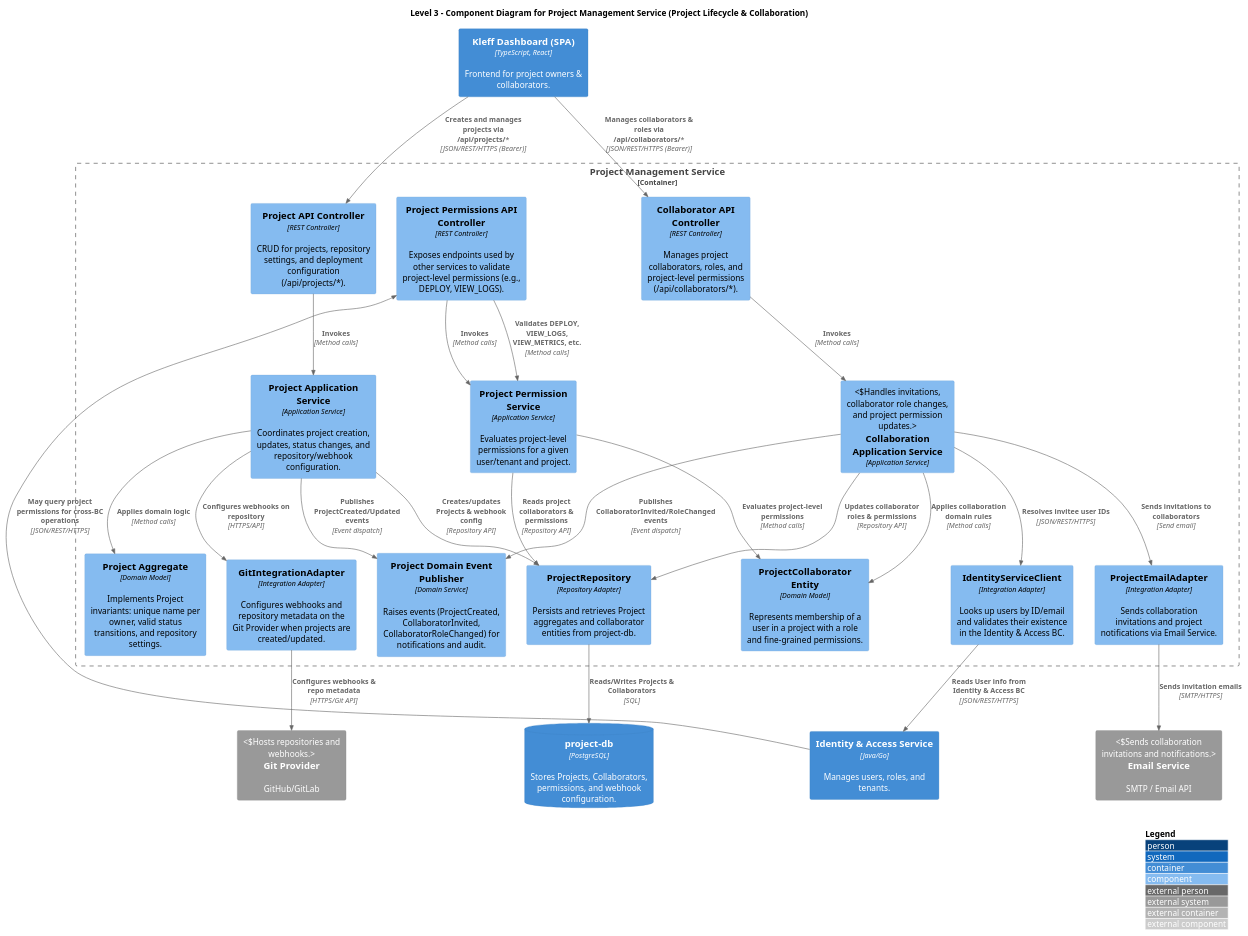
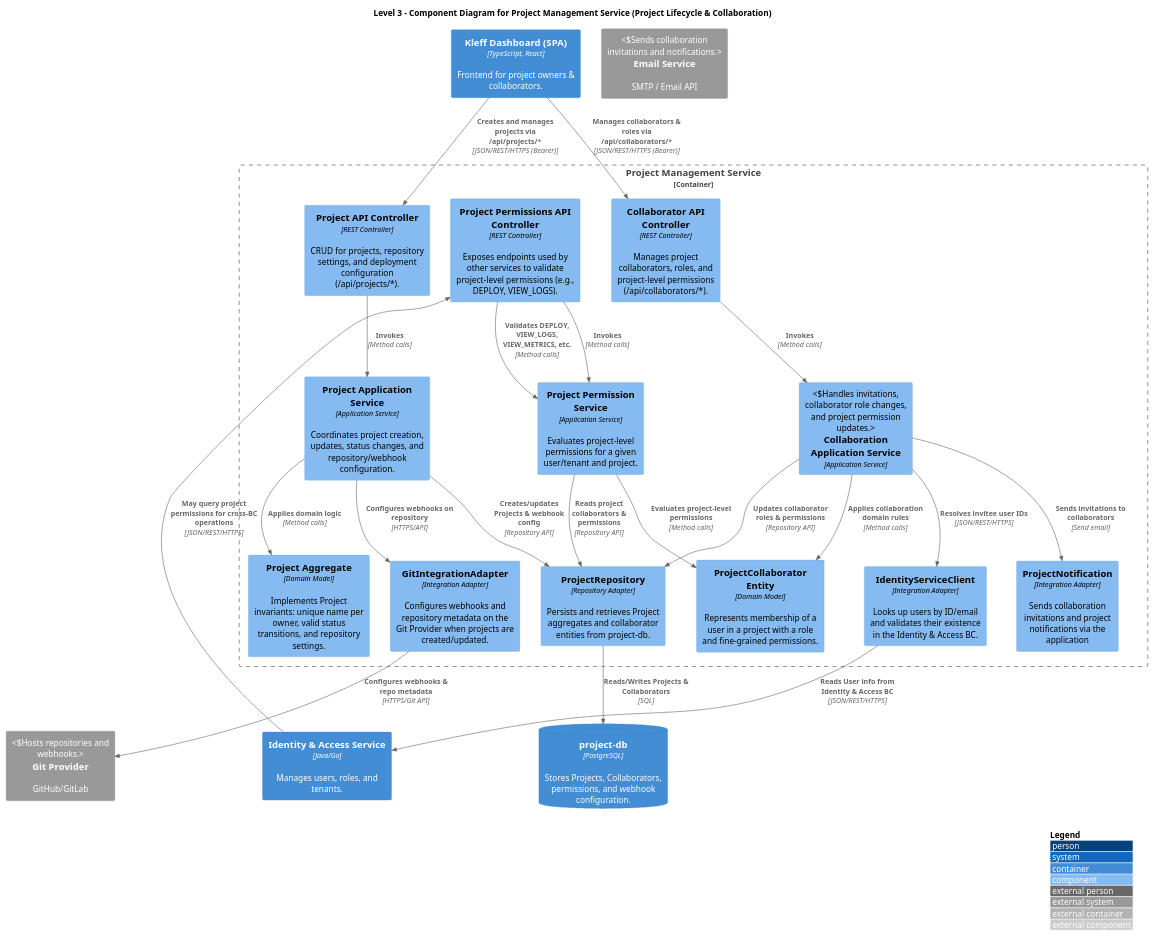
The diagram in docs/Project/C4L3-Project.puml (kleffio/.github), drawn with PlantUML before and after one commit. The commit also changed 2 other files, not shown here.

```diff
--- a/docs/Project/C4L3-Project.puml
+++ b/docs/Project/C4L3-Project.puml
@@ -1,108 +1,104 @@
 @startuml Kleff Hosting C4L3 - Project Management
 !includeurl https://raw.githubusercontent.com/plantuml-stdlib/C4-PlantUML/master/C4_Component.puml
 
 LAYOUT_WITH_LEGEND()
 
 title Level 3 - Component Diagram for Project Management Service (Project Lifecycle & Collaboration)
 
 ' ==== External Containers / Systems (from C4L2) ====
 Container(spa, "Kleff Dashboard (SPA)", "TypeScript, React", "Frontend for project owners & collaborators.")
 Container(identity_svc, "Identity & Access Service", "Java/Go", "Manages users, roles, and tenants.")
 ContainerDb(project_db, "project-db", "PostgreSQL", "Stores Projects, Collaborators, permissions, and webhook configuration.")
 System_Ext(email_service, "Email Service", "SMTP / Email API", "Sends collaboration invitations and notifications.")
 System_Ext(git_provider, "Git Provider", "GitHub/GitLab", "Hosts repositories and webhooks.")
 
 ' ==== Project Management Service Boundary ====
 Container_Boundary(project_svc, "Project Management Service") {
 
   ' ---- API Layer (Controllers) ----
   Component(project_api, "Project API Controller", "REST Controller", "CRUD for projects, repository settings, and deployment configuration (/api/projects/*).")
 
   Component(collab_api, "Collaborator API Controller", "REST Controller", "Manages project collaborators, roles, and project-level permissions (/api/collaborators/*).")
 
   Component(project_perm_api, "Project Permissions API Controller", "REST Controller", "Exposes endpoints used by other services to validate project-level permissions (e.g., DEPLOY, VIEW_LOGS).")
 
   ' ---- Application / Service Layer ----
   Component(project_app_svc, "Project Application Service", "Application Service", "Coordinates project creation, updates, status changes, and repository/webhook configuration.")
 
   Component(collab_app_svc, "Collaboration Application Service", "Application Service",, "Handles invitations, collaborator role changes, and project permission updates.")
 
   Component(project_permission_svc, "Project Permission Service", "Application Service", "Evaluates project-level permissions for a given user/tenant and project.")
 
   ' ---- Domain Layer ----
   Component(project_domain, "Project Aggregate", "Domain Model", "Implements Project invariants: unique name per owner, valid status transitions, and repository settings.")
 
   Component(collab_domain, "ProjectCollaborator Entity", "Domain Model", "Represents membership of a user in a project with a role and fine-grained permissions.")
 
-  Component(domain_events, "Project Domain Event Publisher", "Domain Service", "Raises events (ProjectCreated, CollaboratorInvited, CollaboratorRoleChanged) for notifications and audit.")
 
   ' ---- Infrastructure / Adapters ----
   Component(project_repo, "ProjectRepository", "Repository Adapter", "Persists and retrieves Project aggregates and collaborator entities from project-db.")
 
   Component(identity_client, "IdentityServiceClient", "Integration Adapter", "Looks up users by ID/email and validates their existence in the Identity & Access BC.")
 
-  Component(email_adapter, "ProjectEmailAdapter", "Integration Adapter", "Sends collaboration invitations and project notifications via Email Service.")
+  Component(email_adapter, "ProjectNotification", "Integration Adapter", "Sends collaboration invitations and project notifications via the application")
 
   Component(git_integration, "GitIntegrationAdapter", "Integration Adapter", "Configures webhooks and repository metadata on the Git Provider when projects are created/updated.")
 }
 
 ' ==== Relationships: SPA -> Project Management Service ====
 Rel(spa, project_api, "Creates and manages projects via /api/projects/*", "JSON/REST/HTTPS (Bearer)")
 Rel(spa, collab_api, "Manages collaborators & roles via /api/collaborators/*", "JSON/REST/HTTPS (Bearer)")
 
 ' ==== Relationships: Other Services -> Project Management ====
 Rel(identity_svc, project_perm_api, "May query project permissions for cross-BC operations", "JSON/REST/HTTPS")
 ' From C4L2: deployment & observability services validate project permissions here
 Rel_D(project_perm_api, project_permission_svc, "Validates DEPLOY, VIEW_LOGS, VIEW_METRICS, etc.", "Method calls")
 
 ' ==== API -> Application Layer ====
 Rel(project_api, project_app_svc, "Invokes", "Method calls")
 Rel(collab_api, collab_app_svc, "Invokes", "Method calls")
 Rel(project_perm_api, project_permission_svc, "Invokes", "Method calls")
 
 ' ==== Application -> Domain & Adapters ====
 Rel(project_app_svc, project_repo, "Creates/updates Projects & webhook config", "Repository API")
 Rel(project_app_svc, project_domain, "Applies domain logic", "Method calls")
 Rel(project_app_svc, git_integration, "Configures webhooks on repository", "HTTPS/API")
-Rel(project_app_svc, domain_events, "Publishes ProjectCreated/Updated events", "Event dispatch")
 
 Rel(collab_app_svc, project_repo, "Updates collaborator roles & permissions", "Repository API")
 Rel(collab_app_svc, collab_domain, "Applies collaboration domain rules", "Method calls")
 Rel(collab_app_svc, identity_client, "Resolves invitee user IDs", "JSON/REST/HTTPS")
 Rel(collab_app_svc, email_adapter, "Sends invitations to collaborators", "Send email")
-Rel(collab_app_svc, domain_events, "Publishes CollaboratorInvited/RoleChanged events", "Event dispatch")
 
 Rel(project_permission_svc, project_repo, "Reads project collaborators & permissions", "Repository API")
 Rel(project_permission_svc, collab_domain, "Evaluates project-level permissions", "Method calls")
 
 ' ==== Adapters -> External Systems ====
 Rel(project_repo, project_db, "Reads/Writes Projects & Collaborators", "SQL")
 Rel(identity_client, identity_svc, "Reads User info from Identity & Access BC", "JSON/REST/HTTPS")
-Rel(email_adapter, email_service, "Sends invitation emails", "SMTP/HTTPS")
 Rel(git_integration, git_provider, "Configures webhooks & repo metadata", "HTTPS/Git API")
 
 ' ==== Controller Endpoints ====
 ' Project API Controller (/api/projects/*)
 ' - GET    /api/projects
 ' - POST   /api/projects
 ' - GET    /api/projects/{projectId}
 ' - PATCH  /api/projects/{projectId}
 ' - DELETE /api/projects/{projectId}
 ' - GET    /api/projects/{projectId}/settings
 ' - PATCH  /api/projects/{projectId}/settings
 
 ' Collaborator API Controller (/api/collaborators/*)
 ' - GET    /api/projects/{projectId}/collaborators
 ' - POST   /api/projects/{projectId}/collaborators
 ' - PATCH  /api/projects/{projectId}/collaborators/{userId}
 ' - DELETE /api/projects/{projectId}/collaborators/{userId}
 ' - POST   /api/projects/{projectId}/collaborators/invitations
 
 ' Project Permissions API Controller (/api/projects/*/permissions)
 ' - GET    /api/projects/{projectId}/permissions
 ' - POST   /api/projects/{projectId}/permissions/check
 ' - POST   /api/projects/{projectId}/permissions/grants
 ' - DELETE /api/projects/{projectId}/permissions/grants/{grantId}
 
 
 @enduml
```
